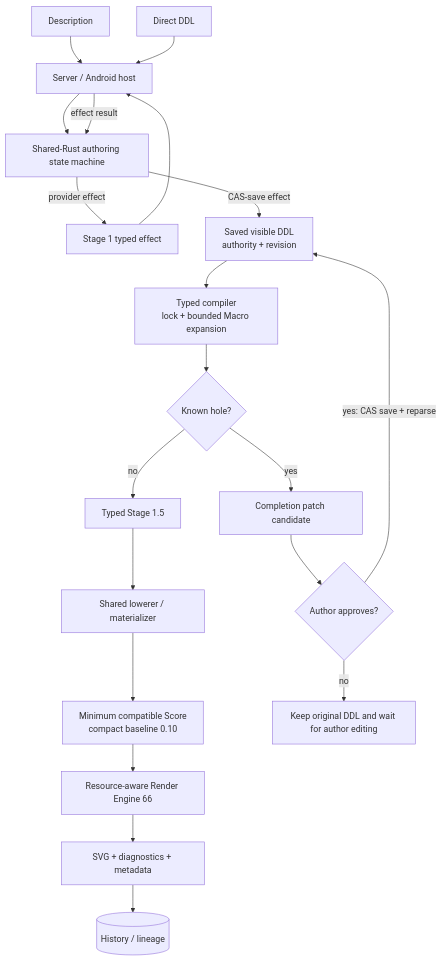
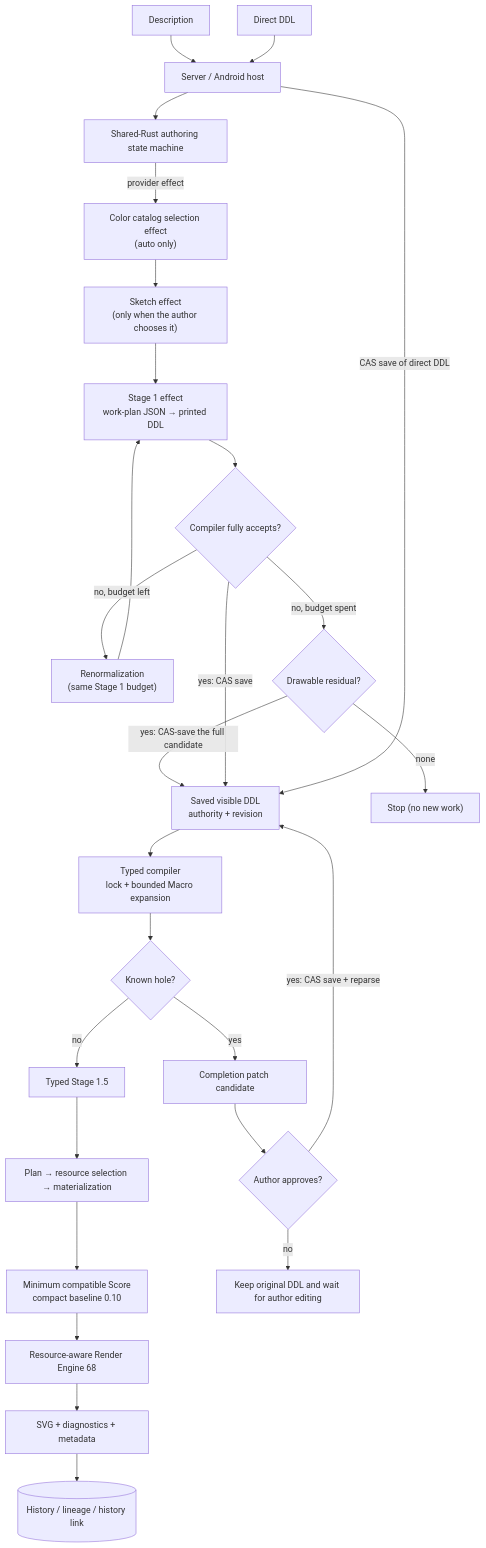
Before and after one commit to oikawas/inku-lang: the first of 2 diagrams in docs/architecture/ddl-processing-pipeline.md, drawn with Mermaid. The commit also changed other lines of this file and 27 other files, not shown here.

First line of the commit message:
Update architecture documents for the shared Rust pipeline

````diff
--- a/docs/architecture/ddl-processing-pipeline.md
+++ b/docs/architecture/ddl-processing-pipeline.md
@@ -24,30 +27,41 @@
 ```mermaid
 flowchart TD
     DESC["Description"]
     DIRECT["Direct DDL"]
     HOST["Server / Android host"]
     CORE["Shared-Rust authoring state machine"]
-    S1["Stage 1 typed effect"]
+    CATALOG["Color catalog selection effect\n(auto only)"]
+    SKETCH["Sketch effect\n(only when the author chooses it)"]
+    S1["Stage 1 effect\nwork-plan JSON → printed DDL"]
+    FIT{"Compiler fully accepts?"}
+    RETRY["Renormalization\n(same Stage 1 budget)"]
+    RESIDUAL{"Drawable residual?"}
     DDL["Saved visible DDL\nauthority + revision"]
     COMPILER["Typed compiler\nlock + bounded Macro expansion"]
     HOLE{"Known hole?"}
     PROPOSAL["Completion patch candidate"]
     APPROVAL{"Author approves?"}
     S15["Typed Stage 1.5"]
-    LOWER["Shared lowerer / materializer"]
+    LOWER["Plan → resource selection → materialization"]
     SCORE["Minimum compatible Score\ncompact baseline 0.10"]
-    RENDER["Resource-aware Render Engine 66"]
+    RENDER["Resource-aware Render Engine 68"]
     SVG["SVG + diagnostics + metadata"]
-    HISTORY[("History / lineage")]
+    HISTORY[("History / lineage / history link")]
+    FAIL["Stop (no new work)"]
 
     DESC --> HOST --> CORE
-    CORE -->|"provider effect"| S1 --> HOST
-    HOST -->|"effect result"| CORE
+    CORE -->|"provider effect"| CATALOG --> SKETCH --> S1
+    S1 --> FIT
+    FIT -->|"no, budget left"| RETRY --> S1
+    FIT -->|"no, budget spent"| RESIDUAL
+    RESIDUAL -->|"none"| FAIL
+    RESIDUAL -->|"yes: CAS-save the full candidate"| DDL
+    FIT -->|"yes: CAS save"| DDL
     DIRECT --> HOST
-    CORE -->|"CAS-save effect"| DDL
+    HOST -->|"CAS save of direct DDL"| DDL
     DDL --> COMPILER --> HOLE
     HOLE -->|"yes"| PROPOSAL --> APPROVAL
     APPROVAL -->|"yes: CAS save + reparse"| DDL
     APPROVAL -->|"no"| EDIT["Keep original DDL and wait for author editing"]
     HOLE -->|"no"| S15 --> LOWER --> SCORE --> RENDER --> SVG --> HISTORY
 ```
````
